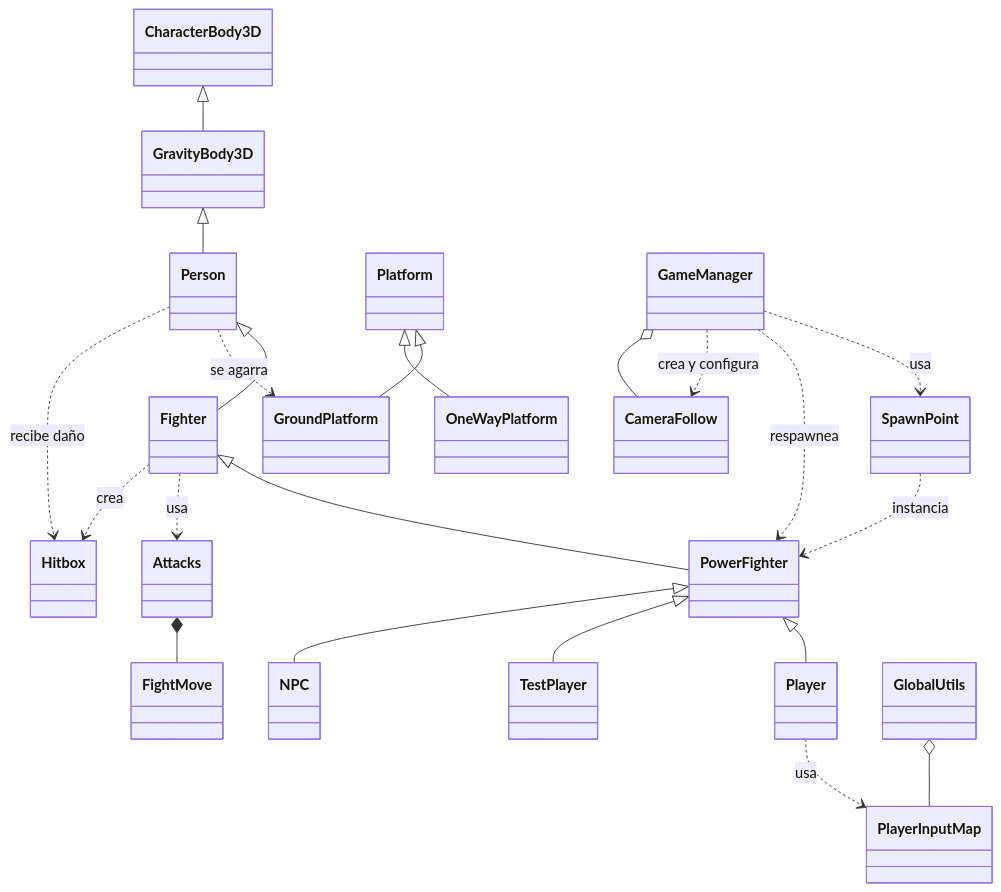
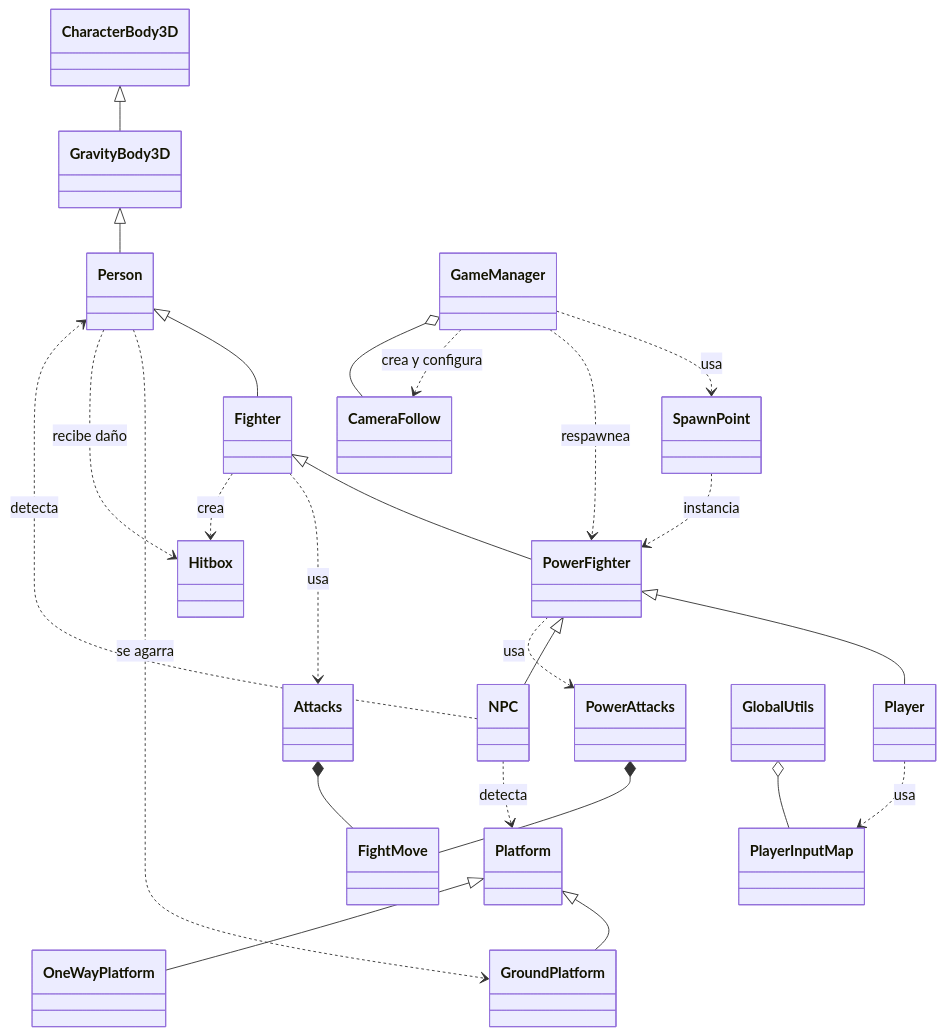
Before and after one commit to CocoMarck/SuperSmashTux: the diagram in docs/uml-arquitectura.md, drawn with Mermaid. The commit also changed other lines of this file and 26 other files, not shown here.

````diff
--- a/docs/uml-arquitectura.md
+++ b/docs/uml-arquitectura.md
@@ -13,28 +13,31 @@
 ```mermaid
 classDiagram
 	direction TB
 
 	CharacterBody3D <|-- GravityBody3D
 	GravityBody3D <|-- Person
 	Person <|-- Fighter
 	Fighter <|-- PowerFighter
 	PowerFighter <|-- Player
-	PowerFighter <|-- TestPlayer
 	PowerFighter <|-- NPC
 
 	Platform <|-- GroundPlatform
 	Platform <|-- OneWayPlatform
 
 	Person ..> GroundPlatform : se agarra
 	Fighter ..> Attacks : usa
 	Attacks *-- FightMove
 	Fighter ..> Hitbox : crea
+	PowerFighter ..> PowerAttacks : usa
+	PowerAttacks *-- FightMove
+	NPC ..> Platform : detecta
+	NPC ..> Person : detecta
 	Person ..> Hitbox : recibe daño
 	Player ..> PlayerInputMap : usa
 	GlobalUtils o-- PlayerInputMap
 	SpawnPoint ..> PowerFighter : instancia
 	GameManager ..> SpawnPoint : usa
 	GameManager ..> PowerFighter : respawnea
 	GameManager ..> CameraFollow : crea y configura
 	GameManager o-- CameraFollow
 ```
````
